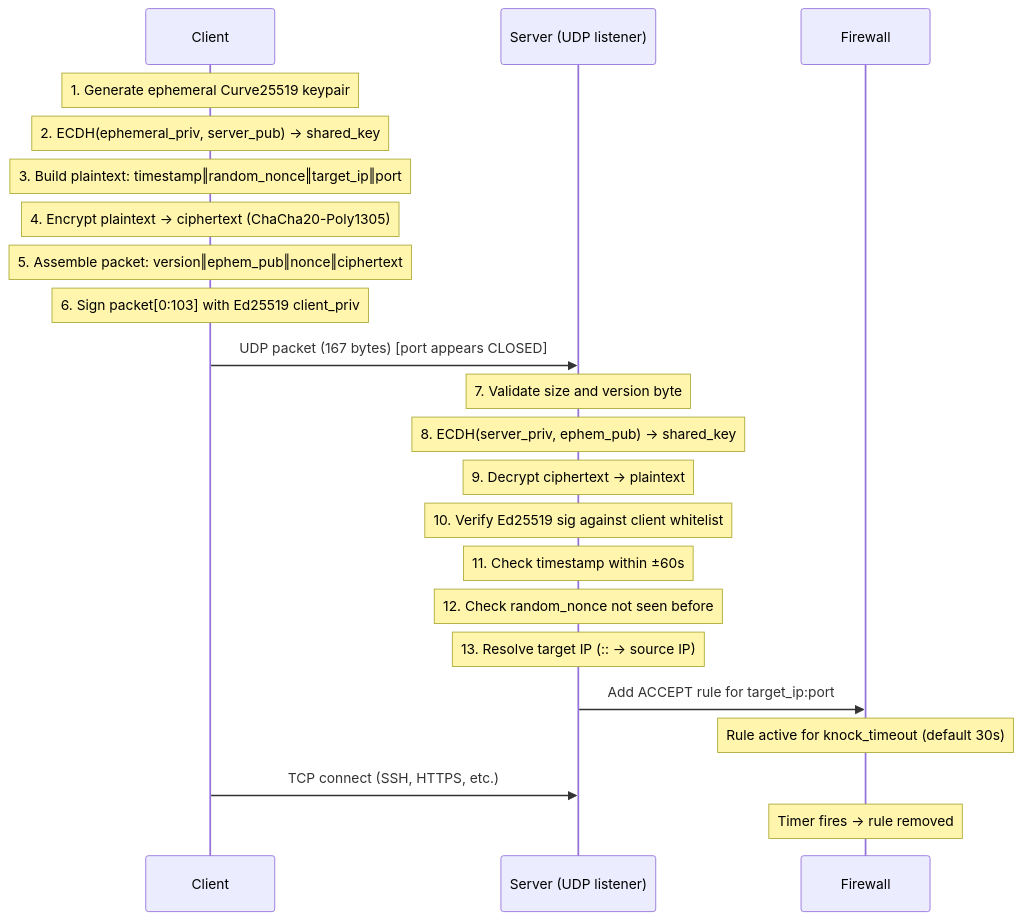
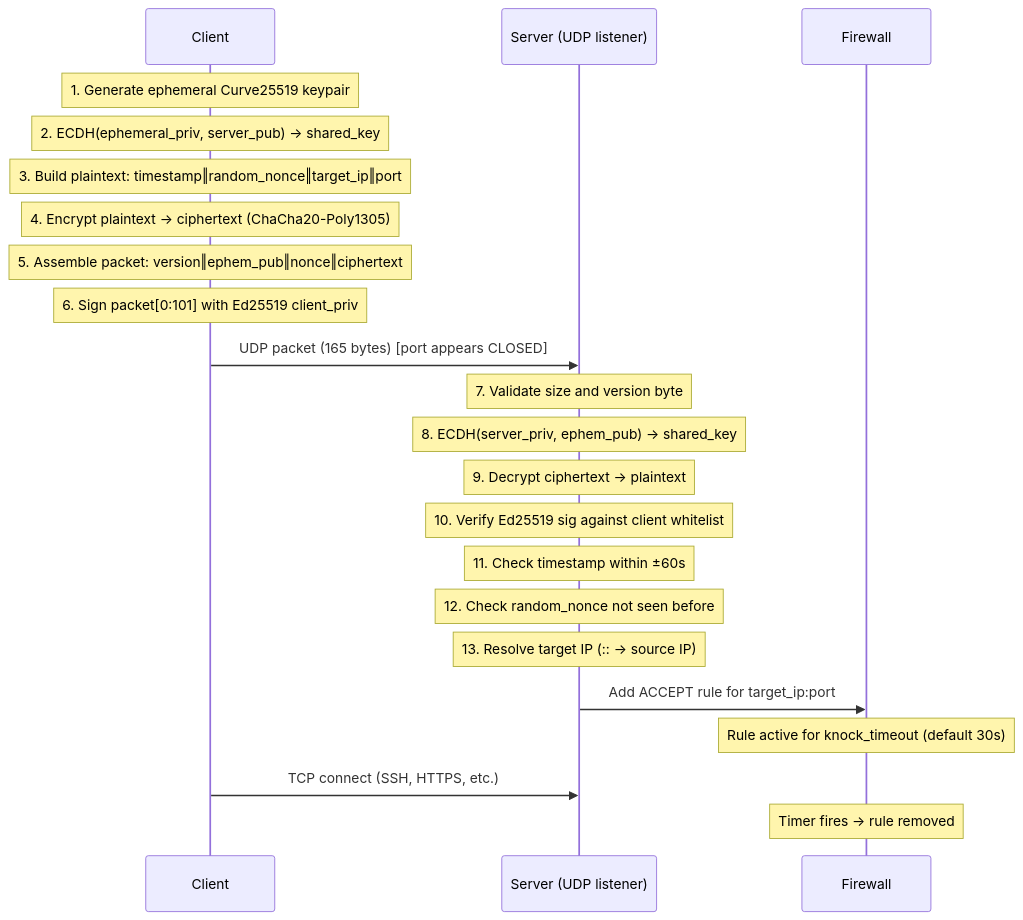
Before and after one commit to merlos/openme: the diagram in docs/protocol/handshake.qmd, drawn with Mermaid. The commit also changed other lines of this file and 12 other files, not shown here.

````diff
--- a/docs/protocol/handshake.qmd
+++ b/docs/protocol/handshake.qmd
@@ -11,25 +11,25 @@
 ```{mermaid}
 sequenceDiagram
     participant C as Client
     participant S as Server (UDP listener)
     participant FW as Firewall
 
     Note over C: 1. Generate ephemeral Curve25519 keypair
     Note over C: 2. ECDH(ephemeral_priv, server_pub) → shared_key
     Note over C: 3. Build plaintext: timestamp‖random_nonce‖target_ip‖port
     Note over C: 4. Encrypt plaintext → ciphertext (ChaCha20-Poly1305)
     Note over C: 5. Assemble packet: version‖ephem_pub‖nonce‖ciphertext
-    Note over C: 6. Sign packet[0:103] with Ed25519 client_priv
-    C->>S: UDP packet (167 bytes)  [port appears CLOSED]
+    Note over C: 6. Sign packet[0:101] with Ed25519 client_priv
+    C->>S: UDP packet (165 bytes)  [port appears CLOSED]
     Note over S: 7. Validate size and version byte
     Note over S: 8. ECDH(server_priv, ephem_pub) → shared_key
     Note over S: 9. Decrypt ciphertext → plaintext
     Note over S: 10. Verify Ed25519 sig against client whitelist
     Note over S: 11. Check timestamp within ±60s
     Note over S: 12. Check random_nonce not seen before
     Note over S: 13. Resolve target IP (:: → source IP)
     S->>FW: Add ACCEPT rule for target_ip:port
     Note over FW: Rule active for knock_timeout (default 30s)
     C->>S: TCP connect (SSH, HTTPS, etc.)
     Note over FW: Timer fires → rule removed
 ```
````
